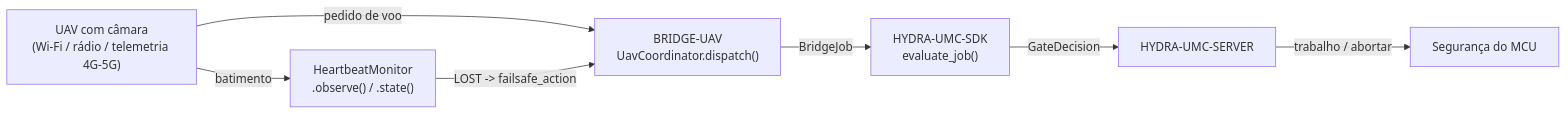
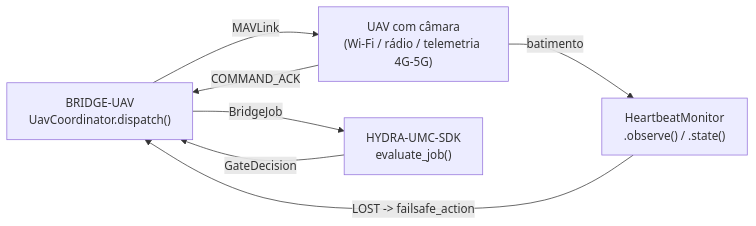
One commit to JuanenRac/HYDRA-UMC-BRIDGE-UAV changed the diagram in README_por.md. Above: the diagram before and after it, drawn with Mermaid. The commit also changed other lines of this file and 23 other files, not shown here.

Commit message:
Explicit altitude frame and COMMAND_INT for waypoints, flight envelope, safe-state requests that always get through, DISARM and ACK matching (0.1.1)

````diff
--- a/README_por.md
+++ b/README_por.md
@@ -47,9 +48,9 @@
 ```mermaid
 flowchart LR
-    UAV["UAV com câmara<br/>(Wi-Fi / rádio / telemetria 4G-5G)"] -- "pedido de voo" --> BRIDGE["BRIDGE-UAV<br/>UavCoordinator.dispatch()"]
+    BRIDGE["BRIDGE-UAV<br/>UavCoordinator.dispatch()"] -- "MAVLink" --> UAV["UAV com câmara<br/>(Wi-Fi / rádio / telemetria 4G-5G)"]
+    UAV -- "COMMAND_ACK" --> BRIDGE
     UAV -- "batimento" --> HB["HeartbeatMonitor<br/>.observe() / .state()"]
     HB -- "LOST -> failsafe_action" --> BRIDGE
     BRIDGE -- BridgeJob --> SDK["HYDRA-UMC-SDK<br/>evaluate_job()"]
-    SDK -- GateDecision --> SERVER["HYDRA-UMC-SERVER"]
-    SERVER -- "trabalho / abortar" --> MCU["Segurança do MCU"]
+    SDK -- GateDecision --> BRIDGE
 ```
````
